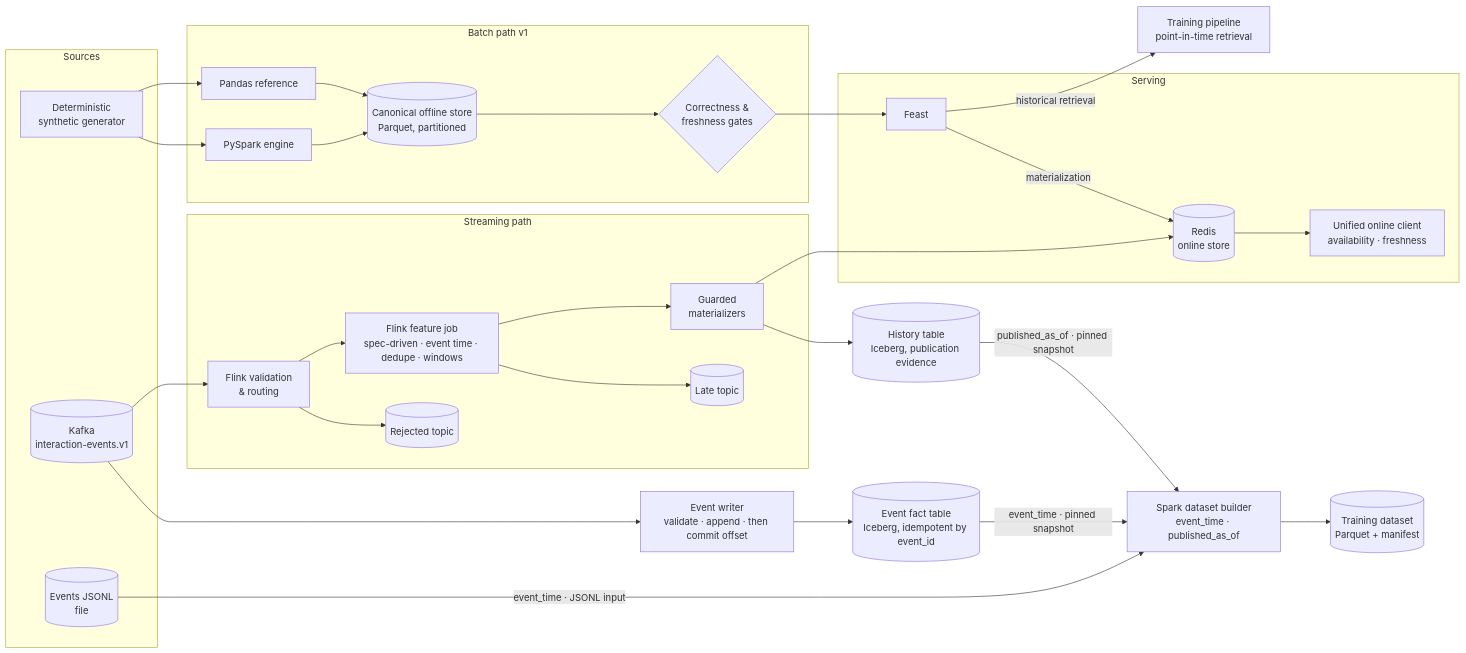
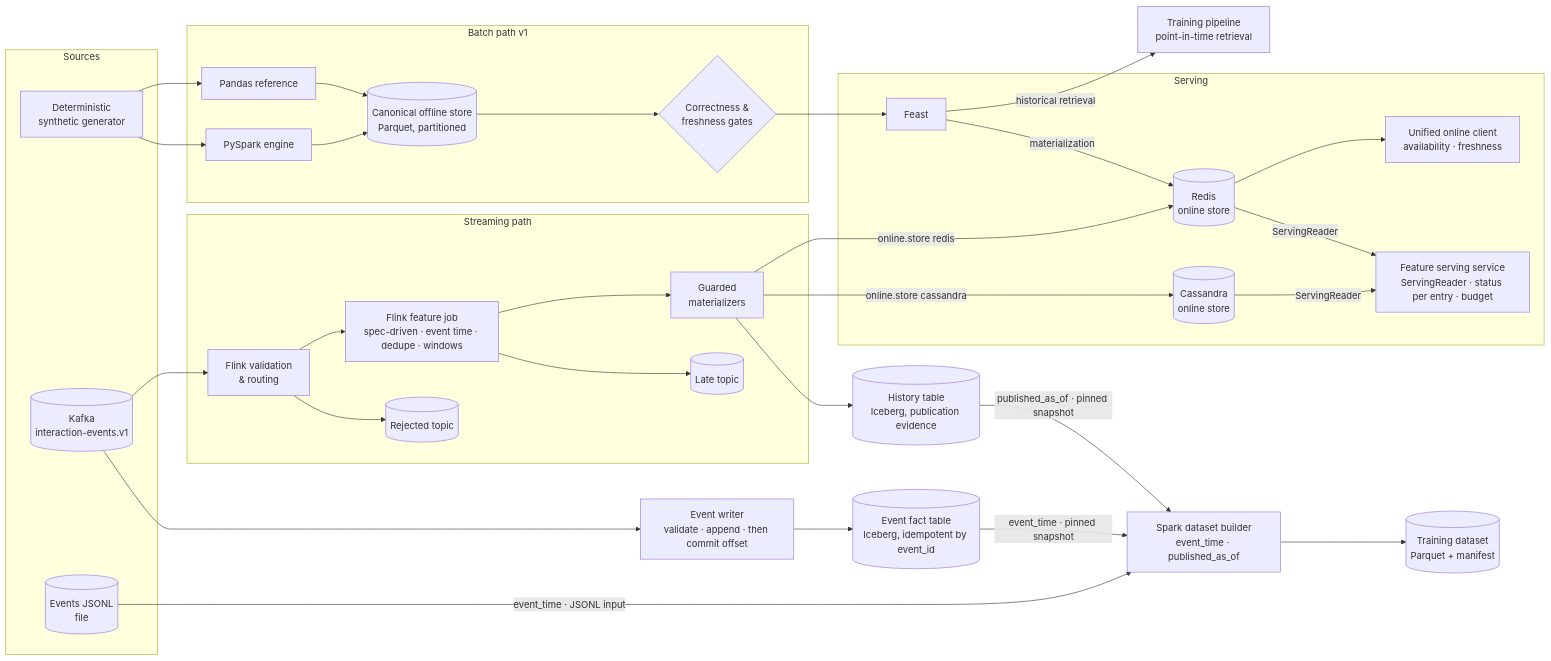
One commit to oster-dev/featureforge changed the diagram in README.md. Above: the diagram before and after it, drawn with Mermaid. The commit also changed other lines of this file, not shown here.

First line of the commit message:
docs: show Redis and Cassandra serving numbers and the serving path in the README (ADR-016) (#120)

````diff
--- a/README.md
+++ b/README.md
@@ -30,50 +40,56 @@
 ```mermaid
 flowchart LR
     subgraph Sources
         GEN[Deterministic<br/>synthetic generator]
         EV[(Kafka<br/>interaction-events.v1)]
         JSONL[(Events JSONL<br/>file)]
     end
 
     subgraph Batch["Batch path v1"]
         PD[Pandas reference]
         SP[PySpark engine]
         OFF[(Canonical offline store<br/>Parquet, partitioned)]
         GATE{Correctness &<br/>freshness gates}
     end
 
     subgraph Stream["Streaming path"]
         VAL[Flink validation<br/>& routing]
         REJ[(Rejected topic)]
         FJ[Flink feature job<br/>spec-driven · event time · dedupe · windows]
         LATE[(Late topic)]
         MAT[Guarded<br/>materializers]
     end
 
     subgraph Serving
         FEAST[Feast]
         REDIS[(Redis<br/>online store)]
+        CASS[(Cassandra<br/>online store)]
+        SVC[Feature serving service<br/>ServingReader · status per entry · budget]
         API[Unified online client<br/>availability · freshness]
     end
 
     TRAIN[Training pipeline<br/>point-in-time retrieval]
     HIST[(History table<br/>Iceberg, publication evidence)]
     WRITER[Event writer<br/>validate · append · then commit offset]
     FACT[(Event fact table<br/>Iceberg, idempotent by event_id)]
     DS[Spark dataset builder<br/>event_time · published_as_of]
     DSOUT[(Training dataset<br/>Parquet + manifest)]
 
     GEN --> PD & SP --> OFF --> GATE --> FEAST
     FEAST -->|historical retrieval| TRAIN
     FEAST -->|materialization| REDIS
-    EV --> VAL --> FJ --> MAT --> REDIS
+    EV --> VAL --> FJ --> MAT
+    MAT -->|online.store redis| REDIS
+    MAT -->|online.store cassandra| CASS
     VAL --> REJ
     FJ --> LATE
     REDIS --> API
+    REDIS -->|ServingReader| SVC
+    CASS -->|ServingReader| SVC
     MAT --> HIST
     EV --> WRITER --> FACT
     FACT -->|event_time · pinned snapshot| DS
     JSONL -->|event_time · JSONL input| DS
     HIST -->|published_as_of · pinned snapshot| DS
     DS --> DSOUT
 ```
````
